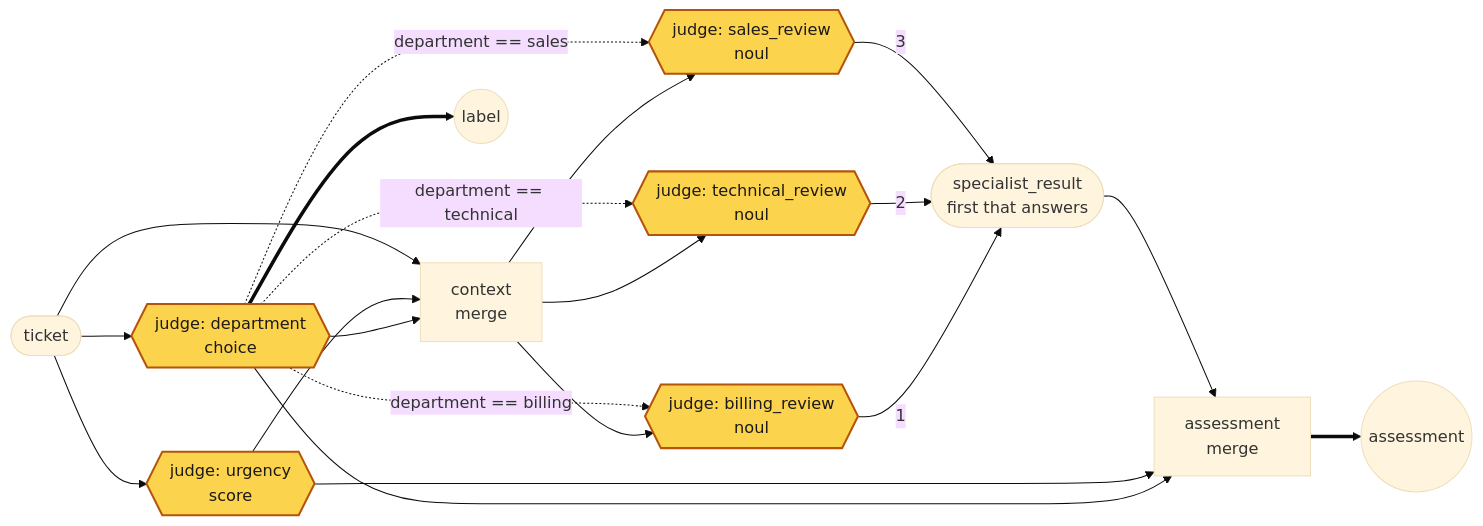
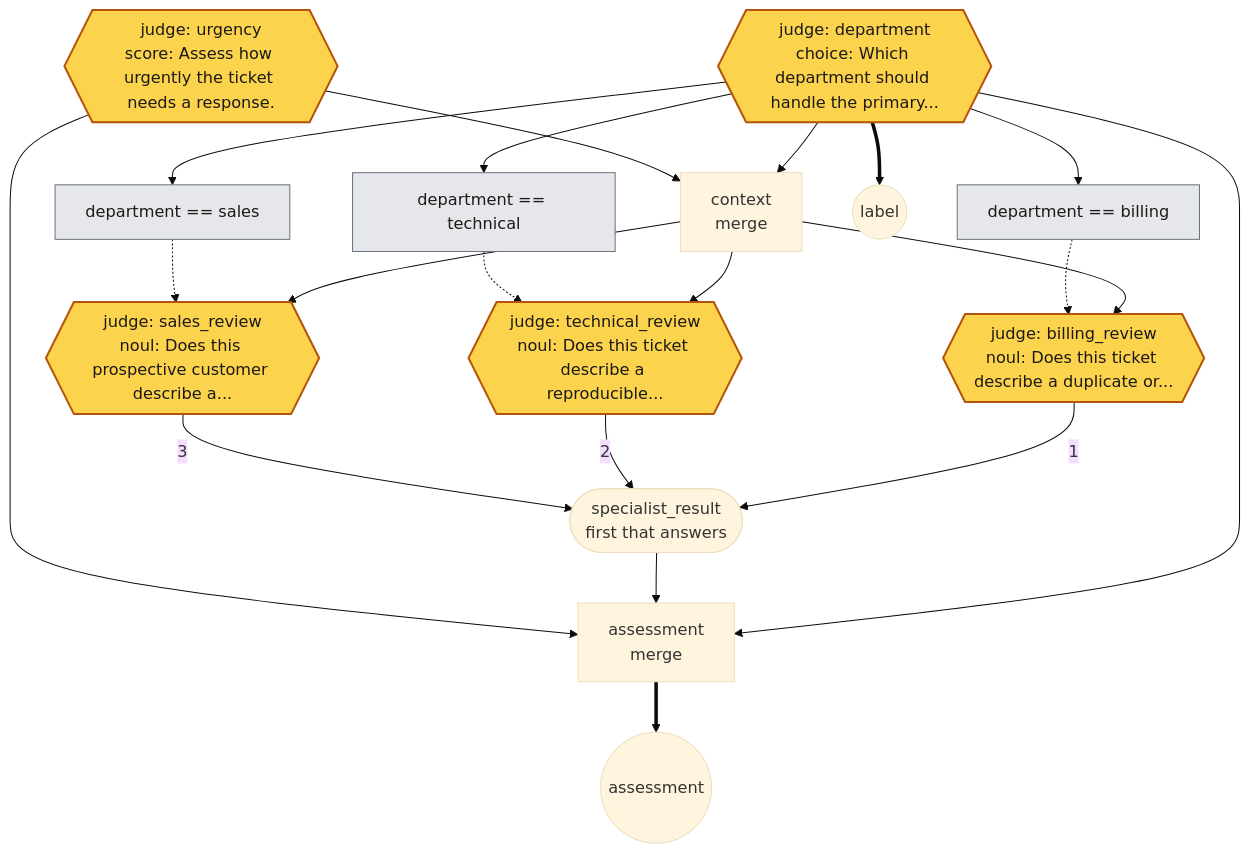
The fourth of 8 diagrams in README.md (MCERQUA/rulesmith), drawn with Mermaid (base theme) before and after one commit. The commit also changed other lines of this file and 3 other files, not shown here.

First line of the commit message:
Draw every condition as a box, and every graph in the README with draw

````diff
--- a/README.md
+++ b/README.md
@@ -459,24 +459,39 @@
 ```mermaid
-flowchart LR
-  IN(["ticket"]) --> D{{"judge: department<br/>choice"}}
-  IN --> U{{"judge: urgency<br/>score"}}
-  D --> C["context<br/>merge"]
-  U --> C
-  IN --> C
-  C --> B{{"judge: billing_review<br/>noul"}}
-  C --> T{{"judge: technical_review<br/>noul"}}
-  C --> S{{"judge: sales_review<br/>noul"}}
-  D -.->|"department == billing"| B
-  D -.->|"department == technical"| T
-  D -.->|"department == sales"| S
-  B -->|"1"| CO(["specialist_result<br/>first that answers"])
-  T -->|"2"| CO
-  S -->|"3"| CO
-  D --> A["assessment<br/>merge"]
-  U --> A
-  CO --> A
-  D ==> LBL(("label"))
-  A ==> AS(("assessment"))
-  classDef judge fill:#fcd34d,stroke:#b45309,stroke-width:2px,color:#1c1917
-  class D,U,B,T,S judge
+flowchart TD
+    n0{{"judge: department<br/>choice: Which department should handle the primary..."}}
+    n1{{"judge: urgency<br/>score: Assess how urgently the ticket needs a response."}}
+    n2["context<br/>merge"]
+    n3{{"judge: billing_review<br/>noul: Does this ticket describe a duplicate or..."}}
+    n4{{"judge: technical_review<br/>noul: Does this ticket describe a reproducible..."}}
+    n5{{"judge: sales_review<br/>noul: Does this prospective customer describe a..."}}
+    n6(["specialist_result<br/>first that answers"])
+    n7["assessment<br/>merge"]
+    n0 --> n2
+    n1 --> n2
+    n2 --> n3
+    c0["department == billing"]
+    n0 --> c0
+    c0 -.-> n3
+    n2 --> n4
+    c1["department == technical"]
+    n0 --> c1
+    c1 -.-> n4
+    n2 --> n5
+    c2["department == sales"]
+    n0 --> c2
+    c2 -.-> n5
+    n3 -->|"1"| n6
+    n4 -->|"2"| n6
+    n5 -->|"3"| n6
+    n0 --> n7
+    n6 --> n7
+    n1 --> n7
+    o0(("label"))
+    n0 ==> o0
+    o1(("assessment"))
+    n7 ==> o1
+    classDef judge fill:#fcd34d,stroke:#b45309,stroke-width:2px,color:#1c1917
+    class n0,n1,n3,n4,n5 judge
+    classDef condition fill:#e5e7eb,stroke:#6b7280,color:#1c1917
+    class c0,c1,c2 condition
 ```
````
